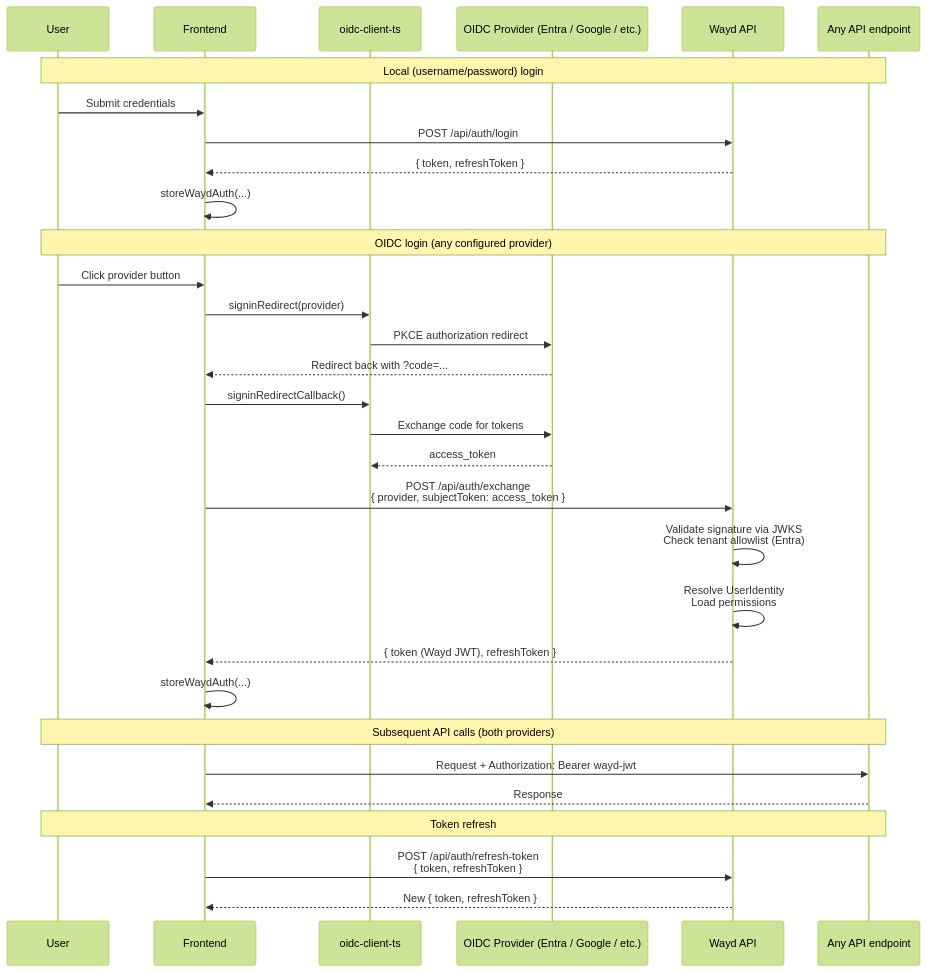
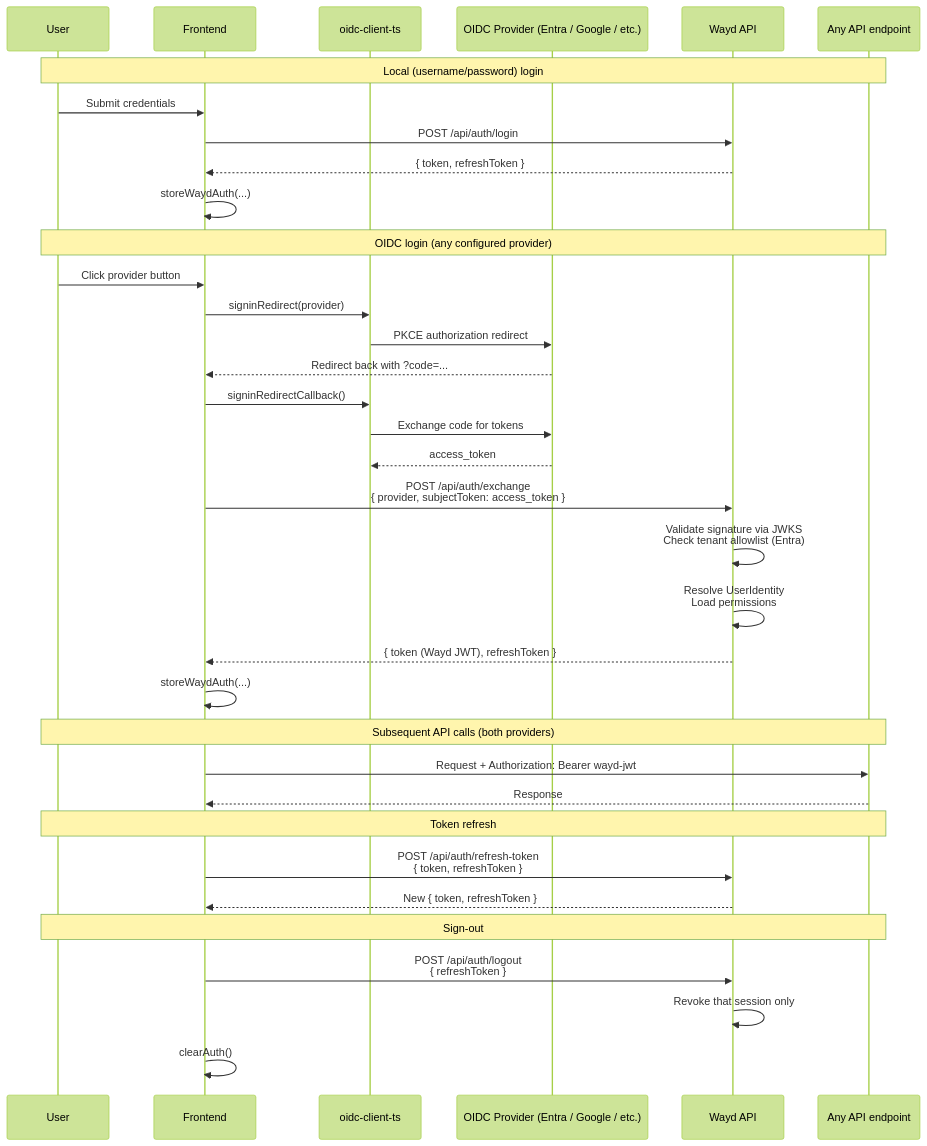
The first of 2 diagrams in docs/contributing/configuration.mdx (destacey/Wayd), drawn with Mermaid (forest theme) before and after one commit. The commit also changed other lines of this file and 2 other files, not shown here.

First line of the commit message:
Document sessions and server-side sign-out

````diff
--- a/docs/contributing/configuration.mdx
+++ b/docs/contributing/configuration.mdx
@@ -139,37 +139,42 @@
 ```mermaid
 sequenceDiagram
     participant U as User
     participant F as Frontend
     participant O as oidc-client-ts
     participant P as OIDC Provider (Entra / Google / etc.)
     participant W as Wayd API
     participant A as Any API endpoint
 
     Note over U,A: Local (username/password) login
     U->>F: Submit credentials
     F->>W: POST /api/auth/login
     W-->>F: { token, refreshToken }
     F->>F: storeWaydAuth(...)
 
     Note over U,A: OIDC login (any configured provider)
     U->>F: Click provider button
     F->>O: signinRedirect(provider)
     O->>P: PKCE authorization redirect
     P-->>F: Redirect back with ?code=...
     F->>O: signinRedirectCallback()
     O->>P: Exchange code for tokens
     P-->>O: access_token
     F->>W: POST /api/auth/exchange<br/>{ provider, subjectToken: access_token }
     W->>W: Validate signature via JWKS<br/>Check tenant allowlist (Entra)
     W->>W: Resolve UserIdentity<br/>Load permissions
     W-->>F: { token (Wayd JWT), refreshToken }
     F->>F: storeWaydAuth(...)
 
     Note over U,A: Subsequent API calls (both providers)
     F->>A: Request + Authorization: Bearer wayd-jwt
     A-->>F: Response
 
     Note over U,A: Token refresh
     F->>W: POST /api/auth/refresh-token<br/>{ token, refreshToken }
     W-->>F: New { token, refreshToken }
+
+    Note over U,A: Sign-out
+    F->>W: POST /api/auth/logout<br/>{ refreshToken }
+    W->>W: Revoke that session only
+    F->>F: clearAuth()
 ```
````
